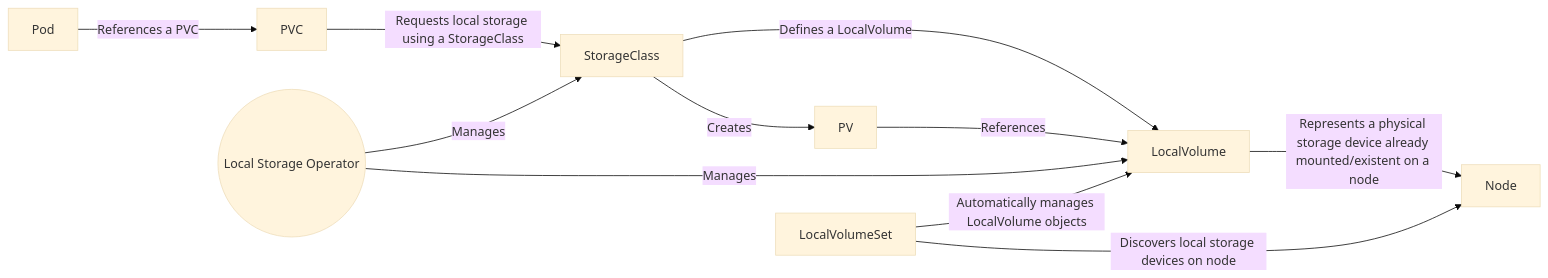
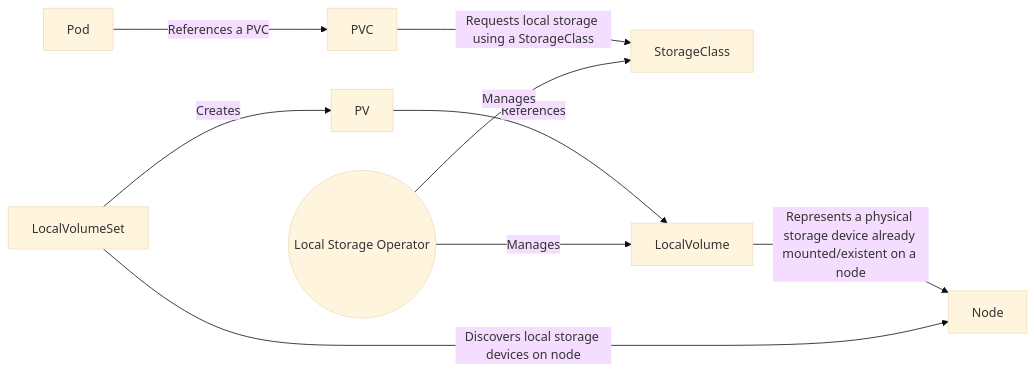
The first of 2 diagrams in README.md (emmahone/Local-Storage-Operator-reference), drawn with Mermaid (base theme) before and after one commit.

````diff
--- a/README.md
+++ b/README.md
@@ -2,13 +2,11 @@
 ```mermaid
 graph LR
     PVC -->|Requests local storage using a StorageClass| StorageClass
-    StorageClass -->|Defines a LocalVolume| LocalVolume
     LocalVolume -->|Represents a physical storage device already mounted/existent on a node| Node
     Pod -->|References a PVC| PVC
     PV -->|References| LocalVolume
-    StorageClass -->|Creates| PV
     LSO((Local Storage Operator)) -->|Manages| LocalVolume
     LSO((Local Storage Operator)) -->|Manages| StorageClass
     LocalVolumeSet -->|Discovers local storage devices on node| Node
-    LocalVolumeSet -->|Automatically manages LocalVolume objects|LocalVolume
+    LocalVolumeSet -->|Creates| PV
 ```
````
